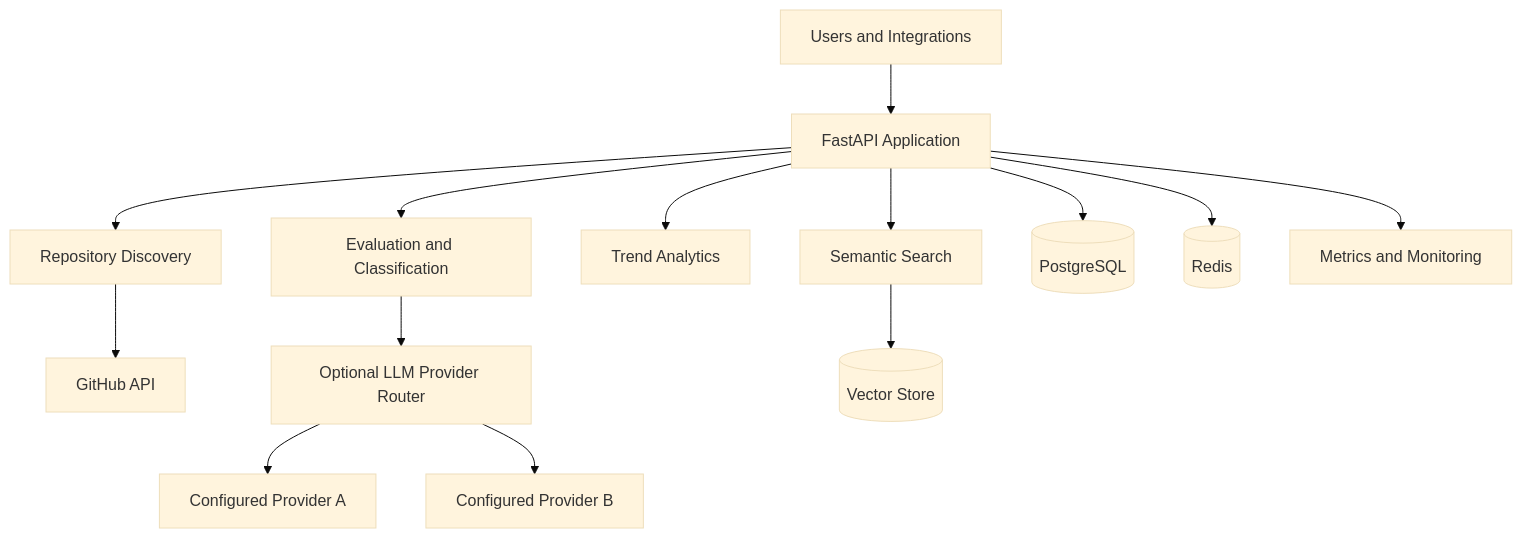
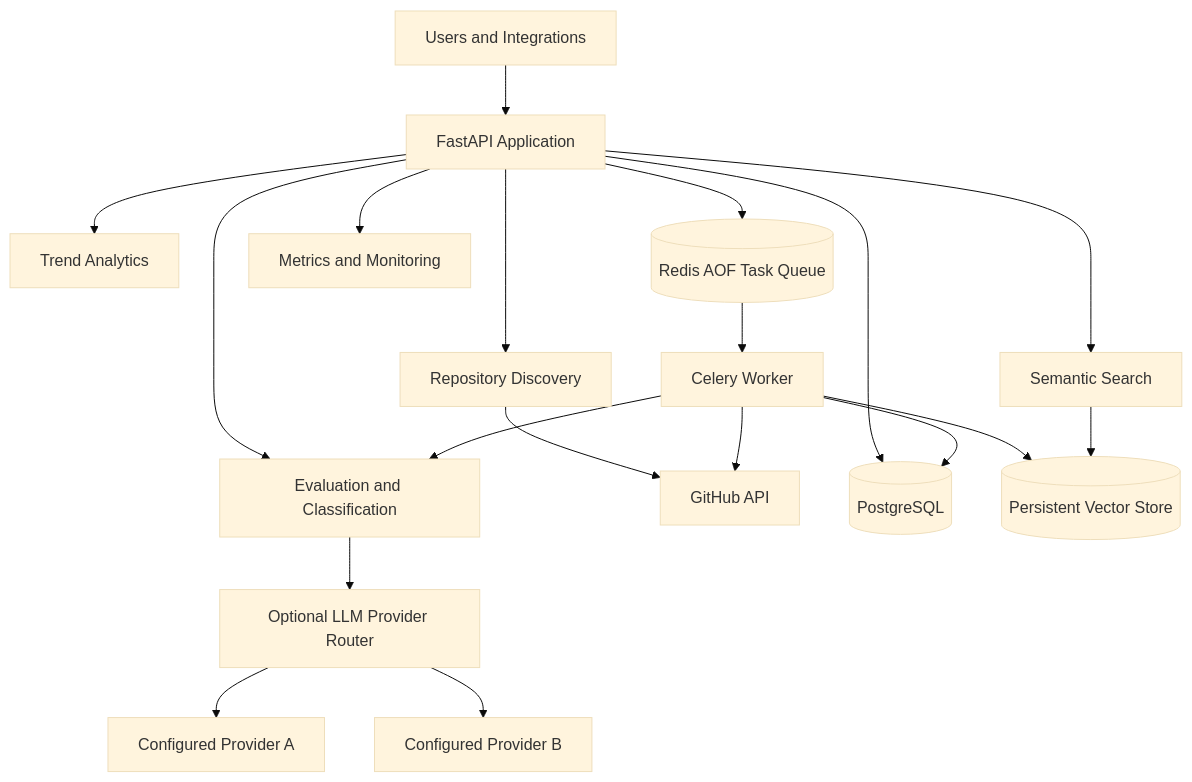
The diagram in README.md (zopair/Sovereign-AI-Arsenal), drawn with Mermaid (base theme) before and after one commit. The commit also changed other lines of this file, not shown here.

Commit message:
docs: describe durable repository task worker

````diff
--- a/README.md
+++ b/README.md
@@ -32,16 +33,21 @@
 ```mermaid
 flowchart TB
     Client[Users and Integrations] --> API[FastAPI Application]
     API --> Discovery[Repository Discovery]
     API --> Analysis[Evaluation and Classification]
     API --> Trends[Trend Analytics]
     API --> Search[Semantic Search]
     Discovery --> GitHub[GitHub API]
     Analysis --> Router[Optional LLM Provider Router]
     Router --> P1[Configured Provider A]
     Router --> P2[Configured Provider B]
     API --> DB[(PostgreSQL)]
-    API --> Cache[(Redis)]
-    Search --> Vector[(Vector Store)]
+    API --> Queue[(Redis AOF Task Queue)]
+    Queue --> Worker[Celery Worker]
+    Worker --> GitHub[GitHub API]
+    Worker --> Analysis
+    Worker --> DB
+    Worker --> Vector[(Persistent Vector Store)]
+    Search --> Vector
     API --> Metrics[Metrics and Monitoring]
 ```
````
